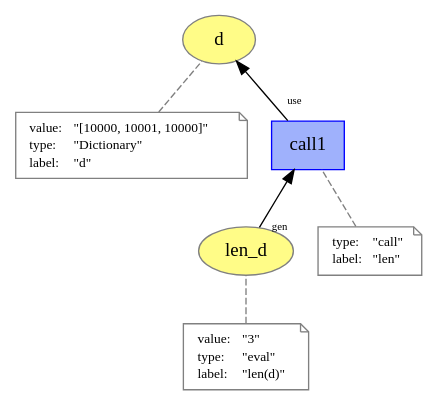
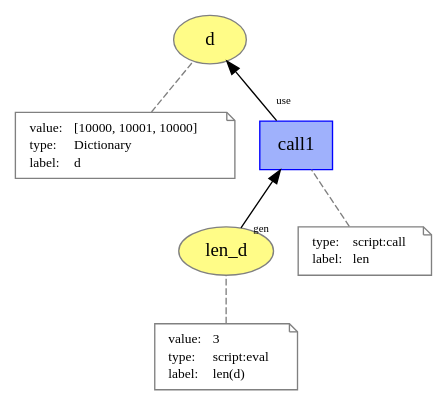
The diagram in images/prov_dictionary/call.dot (dew-uff/versioned-prov), drawn with Graphviz before and after one commit. The commit also changed 243 other files, not shown here.

```diff
--- a/images/prov_dictionary/call.dot
+++ b/images/prov_dictionary/call.dot
@@ -1,48 +1,48 @@
 digraph "PROV" { size="16,12"; rankdir="BT";
 "http://example.org/d" [fillcolor="#FFFC87",color="#808080",style="filled",label="d",URL="http://example.org/d"]
 "-attrs0" [color="gray",shape="note",fontsize="10",fontcolor="black",label=<<TABLE cellpadding="0" border="0">
 	<TR>
 	    <TD align="left">value:</TD>
-	    <TD align="left">&quot;[10000, 10001, 10000]&quot;</TD>
+	    <TD align="left">[10000, 10001, 10000]</TD>
 	</TR>
 	<TR>
 	    <TD align="left">type:</TD>
-	    <TD align="left">&quot;Dictionary&quot;</TD>
+	    <TD align="left">Dictionary</TD>
 	</TR>
 	<TR>
 	    <TD align="left">label:</TD>
-	    <TD align="left">&quot;d&quot;</TD>
+	    <TD align="left">d</TD>
 	</TR>
 </TABLE>>]
 "-attrs0" -> "http://example.org/d" [color="gray",style="dashed",arrowhead="none"]
 "http://example.org/len_d" [fillcolor="#FFFC87",color="#808080",style="filled",label="len_d",URL="http://example.org/len_d"]
 "-attrs1" [color="gray",shape="note",fontsize="10",fontcolor="black",label=<<TABLE cellpadding="0" border="0">
 	<TR>
 	    <TD align="left">value:</TD>
-	    <TD align="left">&quot;3&quot;</TD>
+	    <TD align="left">3</TD>
 	</TR>
 	<TR>
 	    <TD align="left">type:</TD>
-	    <TD align="left">&quot;eval&quot;</TD>
+	    <TD align="left">script:eval</TD>
 	</TR>
 	<TR>
 	    <TD align="left">label:</TD>
-	    <TD align="left">&quot;len(d)&quot;</TD>
+	    <TD align="left">len(d)</TD>
 	</TR>
 </TABLE>>]
 "-attrs1" -> "http://example.org/len_d" [color="gray",style="dashed",arrowhead="none"]
 "http://example.org/call1" [fillcolor="#9FB1FC",color="#0000FF",shape="polygon",sides="4",style="filled",label="call1",URL="http://example.org/call1"]
 "-attrs2" [color="gray",shape="note",fontsize="10",fontcolor="black",label=<<TABLE cellpadding="0" border="0">
 	<TR>
 	    <TD align="left">type:</TD>
-	    <TD align="left">&quot;call&quot;</TD>
+	    <TD align="left">script:call</TD>
 	</TR>
 	<TR>
 	    <TD align="left">label:</TD>
-	    <TD align="left">&quot;len&quot;</TD>
+	    <TD align="left">len</TD>
 	</TR>
 </TABLE>>]
 "-attrs2" -> "http://example.org/call1" [color="gray",style="dashed",arrowhead="none"]
 "http://example.org/call1" -> "http://example.org/d" [labelfontsize="8",labeldistance="1.5",labelangle="60.0",rotation="20",taillabel="use"]
 "http://example.org/len_d" -> "http://example.org/call1" [labelfontsize="8",labeldistance="1.5",labelangle="60.0",rotation="20",taillabel="gen"]
 }
```
